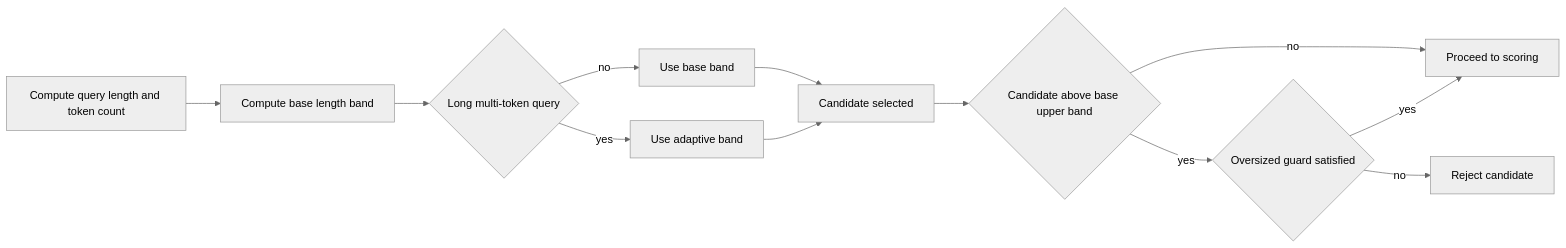
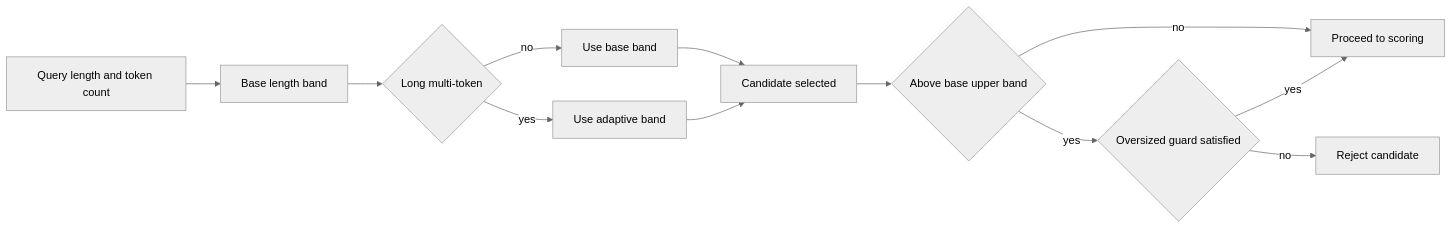
One commit to PlagaMedicum/TranslationZed-py changed diagram 11 of 16 in docs/architecture/diagrams.md. Above: the diagram before and after it, drawn with Mermaid (neutral theme). The commit also changed other lines of this file and 7 other files, not shown here.

Commit message:
docs(architecture): rewrite API and call-chain contracts for v0.9 readiness

````diff
--- a/docs/architecture/diagrams.md
+++ b/docs/architecture/diagrams.md
@@ -145,14 +145,14 @@
 ```mermaid
 flowchart LR
-  LQ[Compute query length and token count] --> BASE[Compute base length band]
-  BASE --> TRIG{Long multi-token query}
+  LQ[Query length and token count] --> BASE[Base length band]
+  BASE --> TRIG{Long multi-token}
   TRIG -- no --> BAND0[Use base band]
   TRIG -- yes --> BAND1[Use adaptive band]
   BAND0 --> PICK[Candidate selected]
   BAND1 --> PICK
-  PICK --> OVER{Candidate above base upper band}
+  PICK --> OVER{Above base upper band}
   OVER -- no --> KEEP[Proceed to scoring]
   OVER -- yes --> RULE{Oversized guard satisfied}
   RULE -- no --> DROP[Reject candidate]
   RULE -- yes --> KEEP
 ```
````
